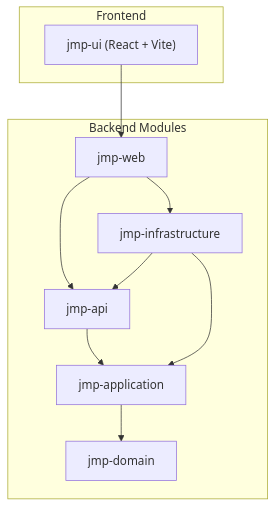
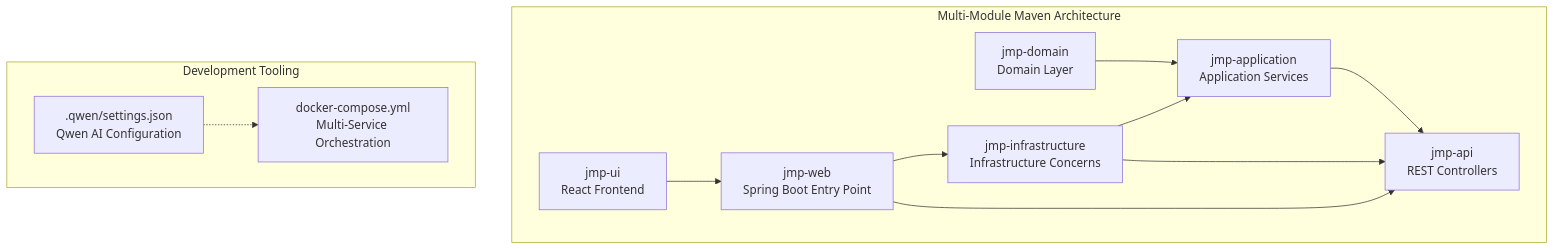
The first of 6 diagrams in .qoder/repowiki/en/content/Development Guidelines.md (Vostrikov2014/vks-qoder), drawn with Mermaid before and after one commit. The commit also changed other lines of this file and 9 other files, not shown here.

````diff
--- a/.qoder/repowiki/en/content/Development Guidelines.md
+++ b/.qoder/repowiki/en/content/Development Guidelines.md
@@ -45,20 +55,23 @@
 ```mermaid
 graph TB
-subgraph "Backend Modules"
-DOMAIN["jmp-domain"]
-APP["jmp-application"]
-INFRA["jmp-infrastructure"]
-API["jmp-api"]
-WEB["jmp-web"]
+subgraph "Multi-Module Maven Architecture"
+DOMAIN["jmp-domain<br/>Domain Layer"]
+APP["jmp-application<br/>Application Services"]
+INFRA["jmp-infrastructure<br/>Infrastructure Concerns"]
+API["jmp-api<br/>REST Controllers"]
+WEB["jmp-web<br/>Spring Boot Entry Point"]
+UI["jmp-ui<br/>React Frontend"]
 end
-subgraph "Frontend"
-UI["jmp-ui (React + Vite)"]
+subgraph "Development Tooling"
+QWEN[".qwen/settings.json<br/>Qwen AI Configuration"]
+COMPOSE["docker-compose.yml<br/>Multi-Service Orchestration"]
 end
-API --> APP
-APP --> DOMAIN
+DOMAIN --> APP
+APP --> API
 INFRA --> API
 INFRA --> APP
 WEB --> API
 WEB --> INFRA
 UI --> WEB
+QWEN -.-> COMPOSE
 ```
````
